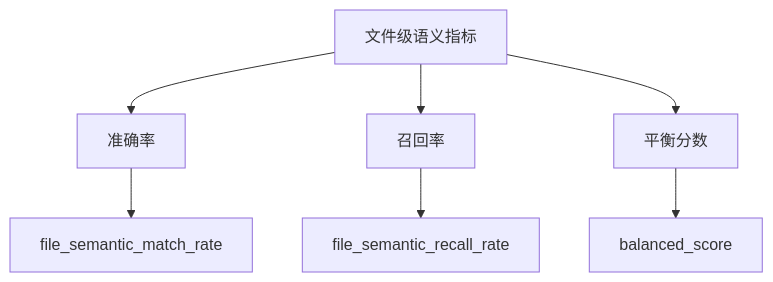
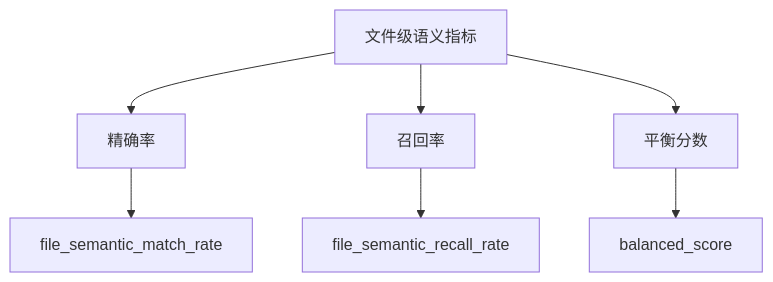
The diagram in docs/zh/metrics.md (alibaba/aacr-bench), drawn with Mermaid before and after one commit. The commit also changed other lines of this file and 14 other files, not shown here.

````diff
--- a/docs/zh/metrics.md
+++ b/docs/zh/metrics.md
@@ -8,10 +8,10 @@
 ```mermaid
 graph TD
-    A[文件级语义指标] --> B[准确率]
+    A[文件级语义指标] --> B[精确率]
     A --> C[召回率]
     A --> D[平衡分数]
 
     B --> B1[file_semantic_match_rate]
     C --> C1[file_semantic_recall_rate]
     D --> D1[balanced_score]
 ```
````
